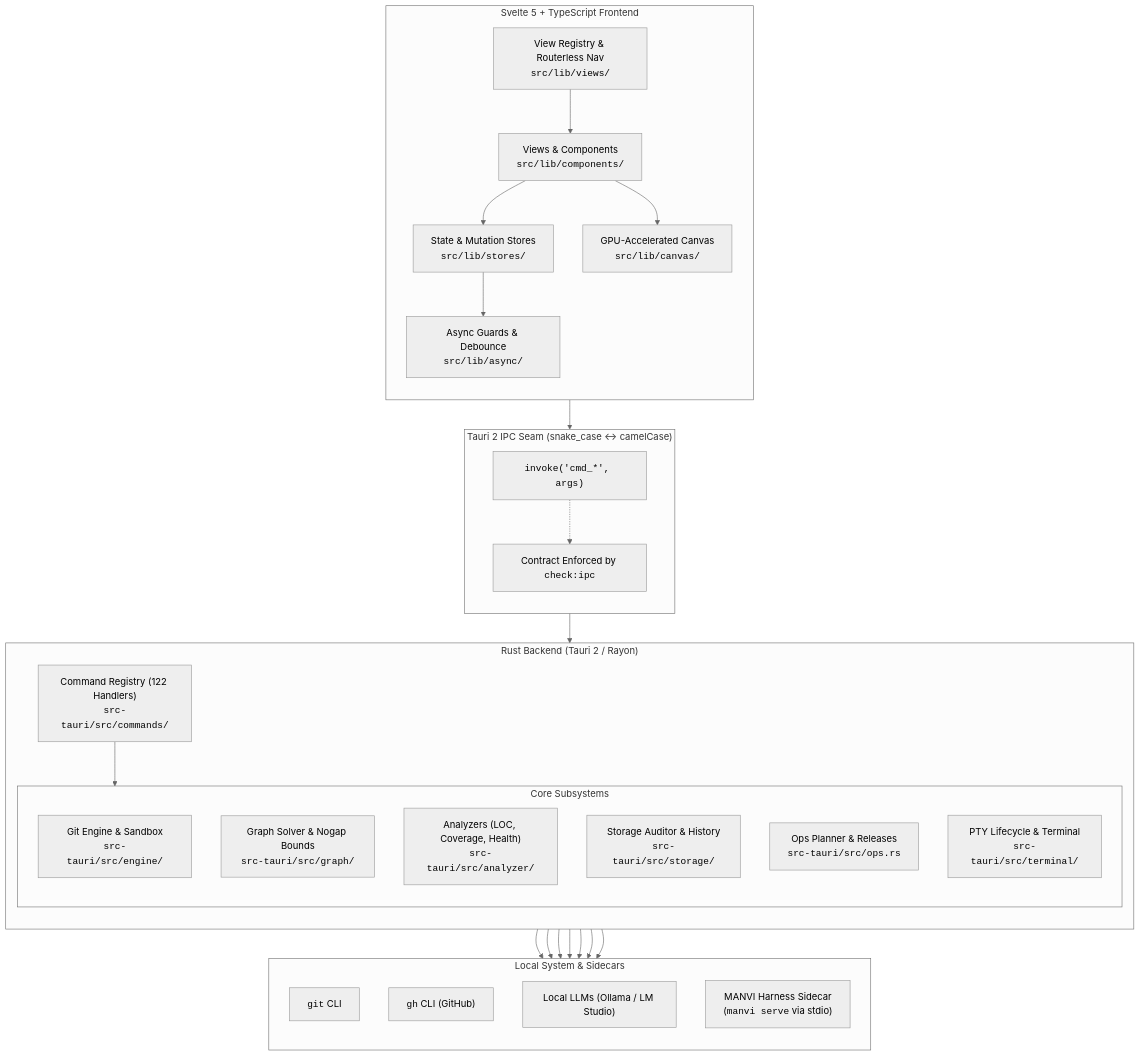
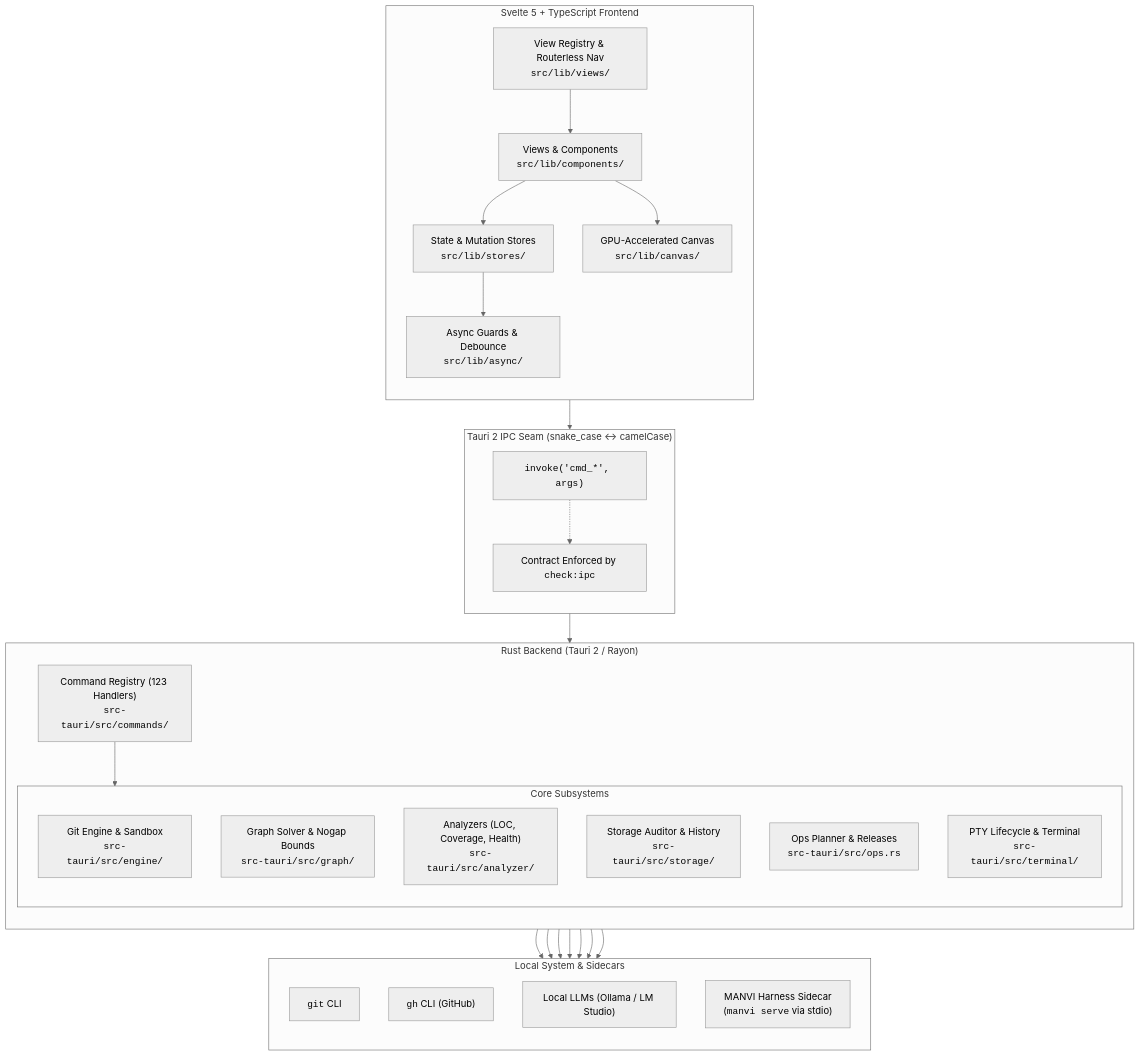
The first of 4 diagrams in docs/ARCHITECTURE.md (bharathvbcr/GitPulse), drawn with Mermaid (neutral theme) before and after one commit. The commit also changed other lines of this file and 12 other files, not shown here.

````diff
--- a/docs/ARCHITECTURE.md
+++ b/docs/ARCHITECTURE.md
@@ -5,57 +5,57 @@
 ```mermaid
 flowchart TB
     subgraph Frontend["Svelte 5 + TypeScript Frontend"]
         direction TB
         UI["Views & Components<br/><code>src/lib/components/</code>"]
         Stores["State & Mutation Stores<br/><code>src/lib/stores/</code>"]
         Registry["View Registry & Routerless Nav<br/><code>src/lib/views/</code>"]
         Canvas["GPU-Accelerated Canvas<br/><code>src/lib/canvas/</code>"]
         Async["Async Guards & Debounce<br/><code>src/lib/async/</code>"]
         
         UI --> Stores
         UI --> Canvas
         Stores --> Async
         Registry --> UI
     end
 
     subgraph IPC["Tauri 2 IPC Seam (snake_case ↔ camelCase)"]
         direction TB
         Invoke["<code>invoke('cmd_*', args)</code>"]
         ContractCheck["Contract Enforced by <code>check:ipc</code>"]
         Invoke -.-> ContractCheck
     end
 
     subgraph Backend["Rust Backend (Tauri 2 / Rayon)"]
         direction TB
-        CmdRegistry["Command Registry (122 Handlers)<br/><code>src-tauri/src/commands/</code>"]
+        CmdRegistry["Command Registry (123 Handlers)<br/><code>src-tauri/src/commands/</code>"]
         
         subgraph Subsystems["Core Subsystems"]
             GitEngine["Git Engine & Sandbox<br/><code>src-tauri/src/engine/</code>"]
             GraphSolver["Graph Solver & Nogap Bounds<br/><code>src-tauri/src/graph/</code>"]
             Analyzers["Analyzers (LOC, Coverage, Health)<br/><code>src-tauri/src/analyzer/</code>"]
             StorageAuditor["Storage Auditor & History<br/><code>src-tauri/src/storage/</code>"]
             OpsPlanner["Ops Planner & Releases<br/><code>src-tauri/src/ops.rs</code>"]
             PtyTerminal["PTY Lifecycle & Terminal<br/><code>src-tauri/src/terminal/</code>"]
         end
         
         CmdRegistry --> Subsystems
     end
 
     subgraph External["Local System & Sidecars"]
         direction TB
         LocalGit["<code>git</code> CLI"]
         LocalGh["<code>gh</code> CLI (GitHub)"]
         LocalLLM["Local LLMs (Ollama / LM Studio)"]
         ManviSidecar["MANVI Harness Sidecar<br/>(<code>manvi serve</code> via stdio)"]
     end
 
     Async --> Invoke
     Invoke --> CmdRegistry
     GitEngine --> LocalGit
     Analyzers --> LocalGit
     Analyzers --> LocalGh
     Analyzers --> LocalLLM
     OpsPlanner --> LocalGh
     OpsPlanner --> ManviSidecar
     Subsystems --> ManviSidecar
 ```
````
